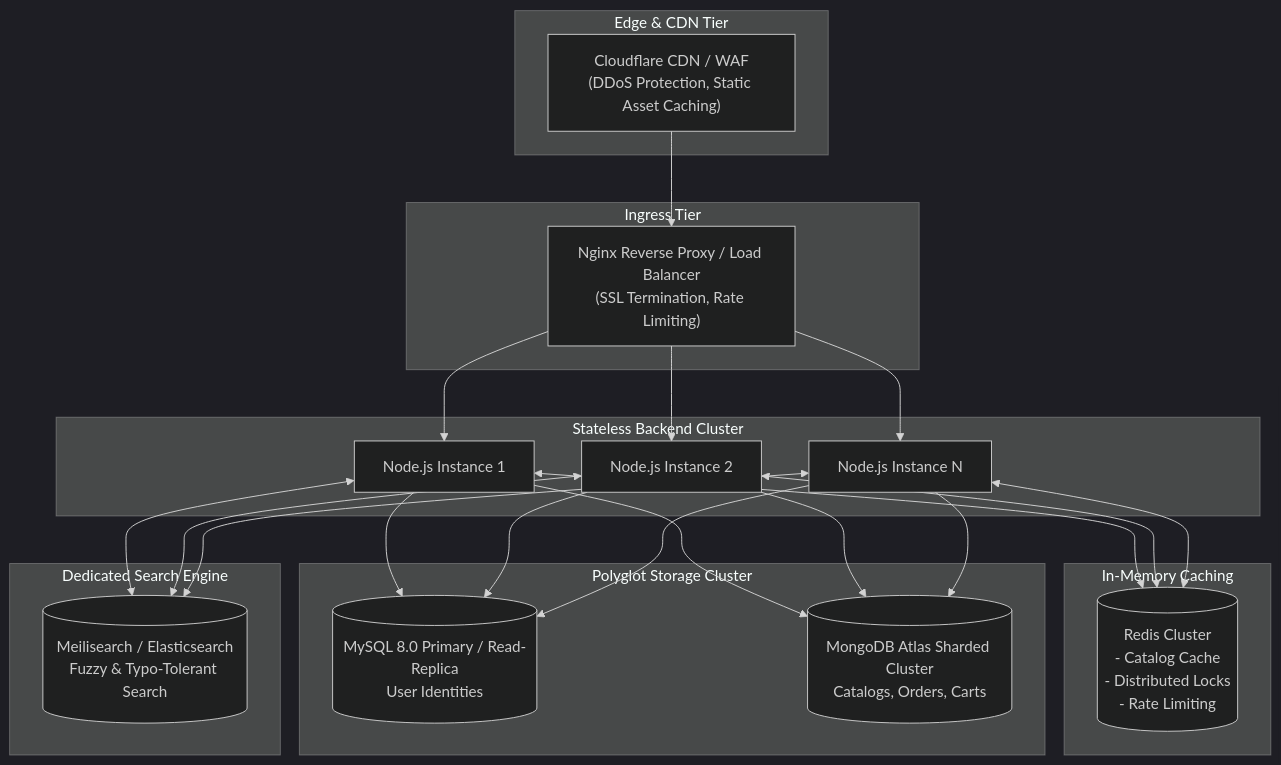
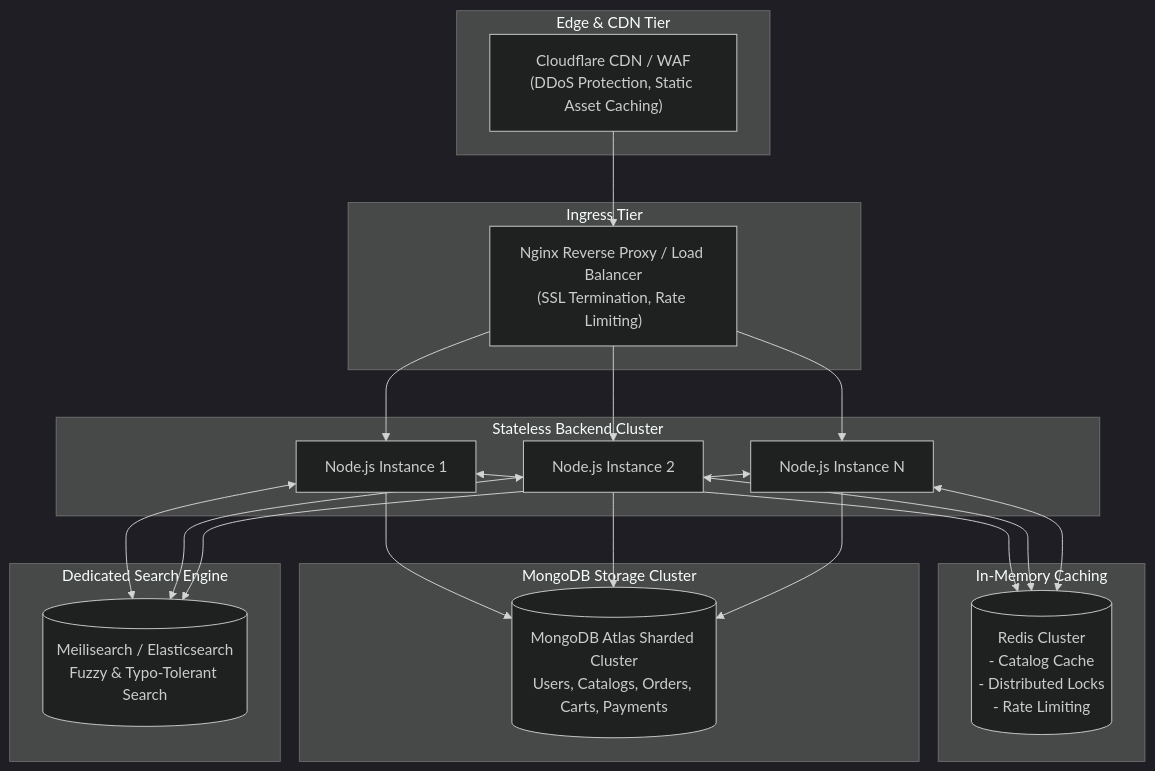
Before and after one commit to Akash0086/E_Commerce: the sixth of 6 diagrams in SYSTEM_DESIGN.md, drawn with Mermaid (dark theme). The commit also changed other lines of this file and 2 other files, not shown here.

Commit message:
Update the Architecture,System design and API_reference files

````diff
--- a/SYSTEM_DESIGN.md
+++ b/SYSTEM_DESIGN.md
@@ -423,39 +422,37 @@
 ```mermaid
 graph TB
     subgraph Edge ["Edge & CDN Tier"]
         Cloudflare["Cloudflare CDN / WAF<br/>(DDoS Protection, Static Asset Caching)"]
     end
 
     subgraph LB ["Ingress Tier"]
         NginxLB["Nginx Reverse Proxy / Load Balancer<br/>(SSL Termination, Rate Limiting)"]
     end
 
     subgraph AppCluster ["Stateless Backend Cluster"]
         Node1["Node.js Instance 1"]
         Node2["Node.js Instance 2"]
         NodeN["Node.js Instance N"]
     end
 
     subgraph CacheStore ["In-Memory Caching"]
         RedisCluster[("Redis Cluster<br/>- Catalog Cache<br/>- Distributed Locks<br/>- Rate Limiting")]
     end
 
-    subgraph DataCluster ["Polyglot Storage Cluster"]
-        MySQLCluster[("MySQL 8.0 Primary / Read-Replica<br/>User Identities")]
-        MongoCluster[("MongoDB Atlas Sharded Cluster<br/>Catalogs, Orders, Carts")]
+    subgraph DataCluster ["MongoDB Storage Cluster"]
+        MongoCluster[("MongoDB Atlas Sharded Cluster<br/>Users, Catalogs, Orders, Carts, Payments")]
     end
 
     subgraph SearchEngine ["Dedicated Search Engine"]
         Meilisearch[("Meilisearch / Elasticsearch<br/>Fuzzy & Typo-Tolerant Search")]
     end
 
     Cloudflare --> NginxLB
     NginxLB --> Node1
     NginxLB --> Node2
     NginxLB --> NodeN
 
     Node1 & Node2 & NodeN <--> RedisCluster
-    Node1 & Node2 & NodeN --> MySQLCluster
     Node1 & Node2 & NodeN --> MongoCluster
     Node1 & Node2 & NodeN <--> Meilisearch
 ```
````
